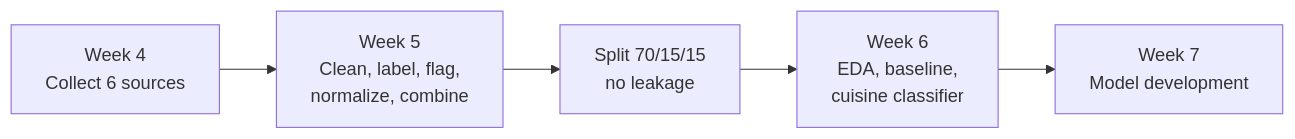
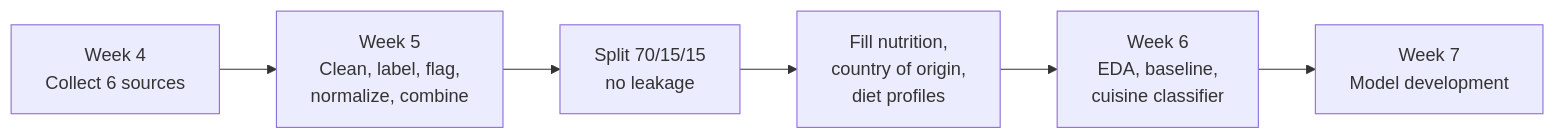
Before and after one commit to Chloe-Tu2/The-EverFlavor-AI: the second of 2 diagrams in README.md, drawn with Mermaid. The commit also changed other lines of this file and 1 other file, not shown here.

````diff
--- a/README.md
+++ b/README.md
@@ -147,7 +147,8 @@
 ```mermaid
 flowchart LR
     A[Week 4<br/>Collect 6 sources] --> B[Week 5<br/>Clean, label, flag,<br/>normalize, combine]
     B --> C[Split 70/15/15<br/>no leakage]
-    C --> D[Week 6<br/>EDA, baseline,<br/>cuisine classifier]
+    C --> G[Fill nutrition,<br/>country of origin,<br/>diet profiles]
+    G --> D[Week 6<br/>EDA, baseline,<br/>cuisine classifier]
     D --> E[Week 7<br/>Model development]
 ```
````
